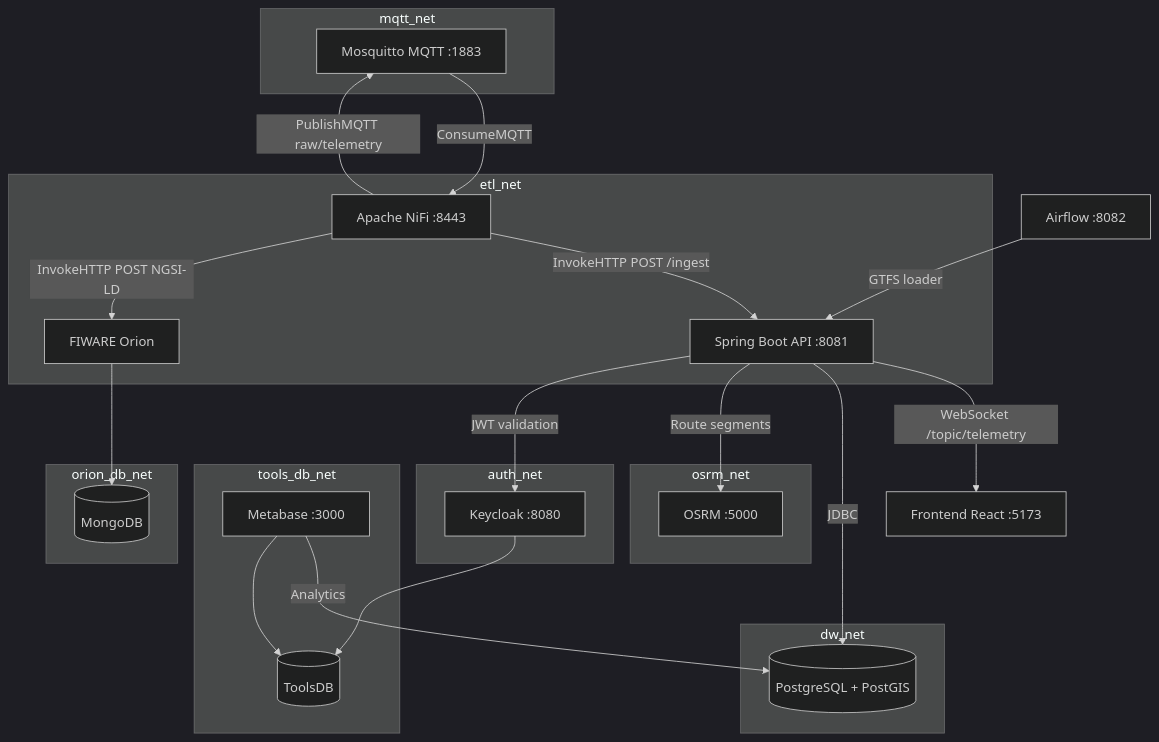
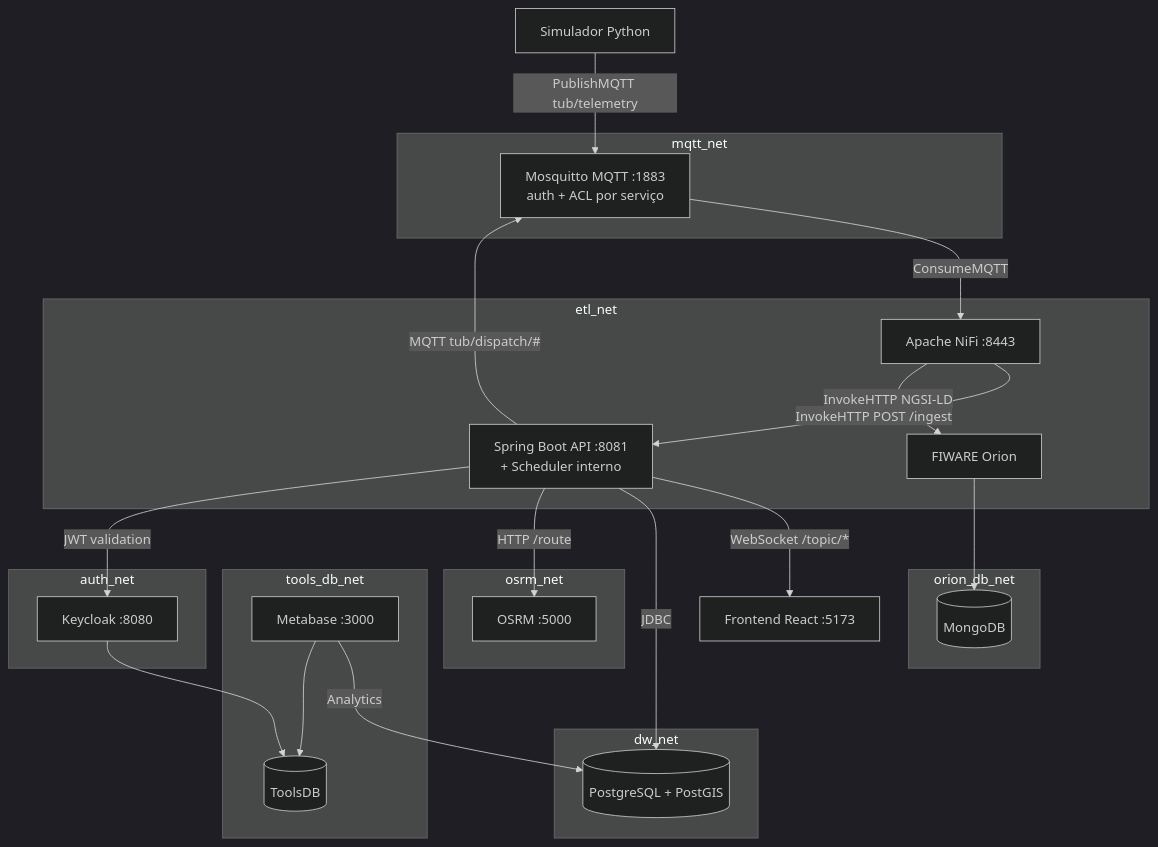
Before and after one commit to antosantosb/DAI: the diagram in README.md, drawn with Mermaid (dark theme). The commit also changed other lines of this file, not shown here.

````diff
--- a/README.md
+++ b/README.md
@@ -18,47 +37,47 @@
 ```mermaid
 flowchart TB
     subgraph mqtt_net [mqtt_net]
-        MQ[Mosquitto MQTT :1883]
+        MQ[Mosquitto MQTT :1883<br/>auth + ACL por serviço]
     end
 
     subgraph etl_net [etl_net]
         NF[Apache NiFi :8443]
         OR[FIWARE Orion]
-        API[Spring Boot API :8081]
+        API[Spring Boot API :8081<br/>+ Scheduler interno]
     end
 
     subgraph dw_net [dw_net]
         DW[(PostgreSQL + PostGIS)]
     end
 
     subgraph orion_db_net [orion_db_net]
         MDB[(MongoDB)]
     end
 
     subgraph auth_net [auth_net]
         KC[Keycloak :8080]
     end
 
     subgraph tools_db_net [tools_db_net]
         TDB[(ToolsDB)]
         MB[Metabase :3000]
     end
 
     subgraph osrm_net [osrm_net]
         OSRM[OSRM :5000]
     end
 
-    NF -->|PublishMQTT raw/telemetry| MQ
+    SIM[Simulador Python] -->|PublishMQTT tub/telemetry| MQ
     MQ -->|ConsumeMQTT| NF
     NF -->|InvokeHTTP POST /ingest| API
-    NF -->|InvokeHTTP POST NGSI-LD| OR
-    API -->|WebSocket /topic/telemetry| FE[Frontend React :5173]
+    NF -->|InvokeHTTP NGSI-LD| OR
+    API -->|MQTT tub/dispatch/#| MQ
+    API -->|WebSocket /topic/*| FE[Frontend React :5173]
     API -->|JDBC| DW
-    API -->|Route segments| OSRM
+    API -->|HTTP /route| OSRM
     MB -->|Analytics| DW
     OR --> MDB
     KC --> TDB
     MB --> TDB
     API -->|JWT validation| KC
-    AF[Airflow :8082] -->|GTFS loader| API
 ```
````
